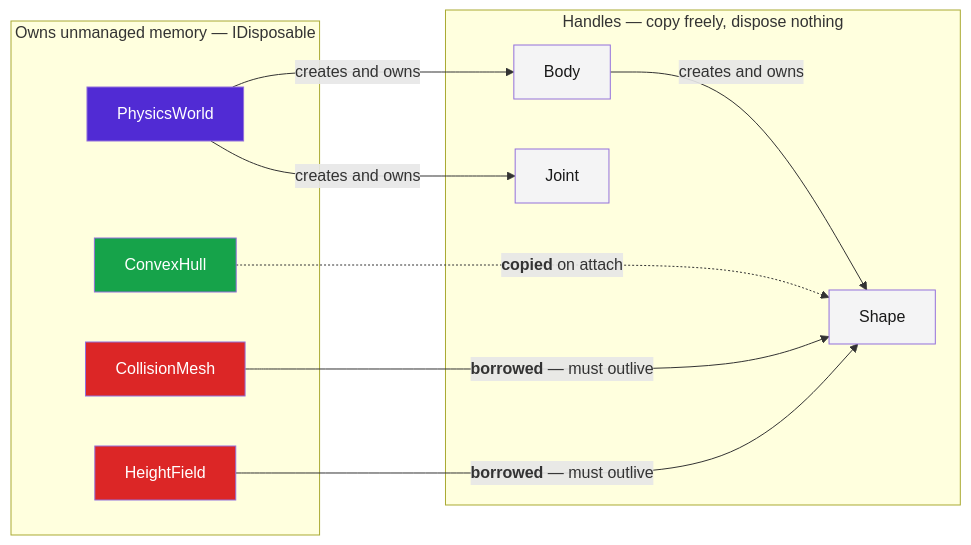
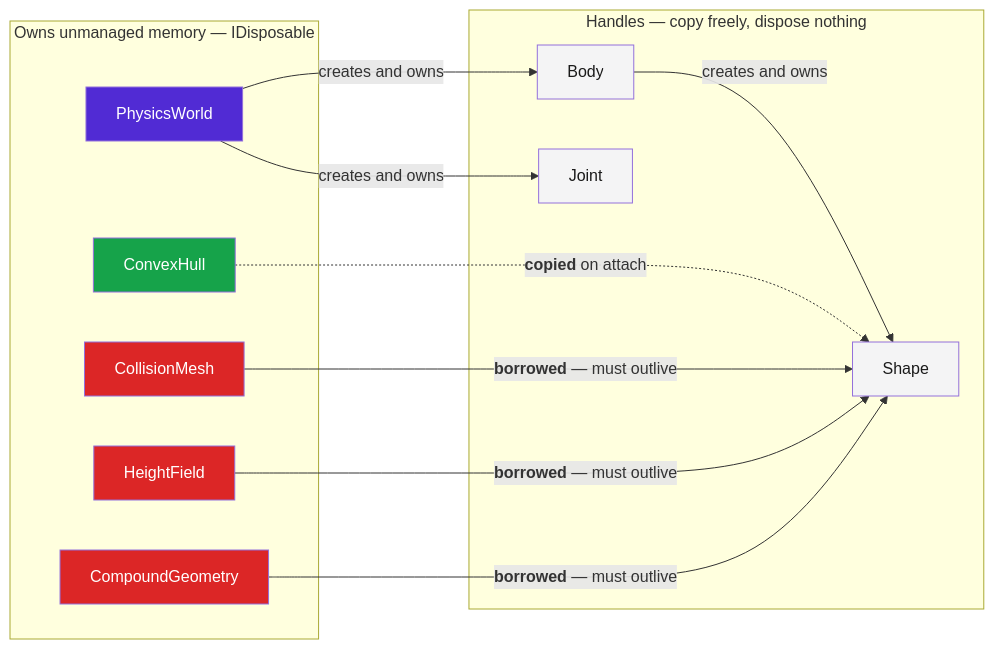
Before and after one commit to Miguel249/Box3D.NET: the second of 5 diagrams in docs/architecture.md, drawn with Mermaid. The commit also changed other lines of this file and 30 other files, not shown here.

````diff
--- a/docs/architecture.md
+++ b/docs/architecture.md
@@ -44,31 +44,34 @@
 ```mermaid
 flowchart LR
     subgraph disposable["Owns unmanaged memory — IDisposable"]
         world["PhysicsWorld"]
         mesh["CollisionMesh"]
         field["HeightField"]
+        compound["CompoundGeometry"]
         hull["ConvexHull"]
     end
 
     subgraph handles["Handles — copy freely, dispose nothing"]
         body["Body"]
         shape["Shape"]
         joint["Joint"]
     end
 
     world -->|"creates and owns"| body
     body -->|"creates and owns"| shape
     world -->|"creates and owns"| joint
 
     hull -.->|"<b>copied</b> on attach"| shape
     mesh -->|"<b>borrowed</b> — must outlive"| shape
     field -->|"<b>borrowed</b> — must outlive"| shape
+    compound -->|"<b>borrowed</b> — must outlive"| shape
 
     style world fill:#512BD4,color:#fff
     style mesh fill:#dc2626,color:#fff
     style field fill:#dc2626,color:#fff
+    style compound fill:#dc2626,color:#fff
     style hull fill:#16a34a,color:#fff
     style body fill:#f4f4f5,color:#1a1a1a
     style shape fill:#f4f4f5,color:#1a1a1a
     style joint fill:#f4f4f5,color:#1a1a1a
 ```
````
